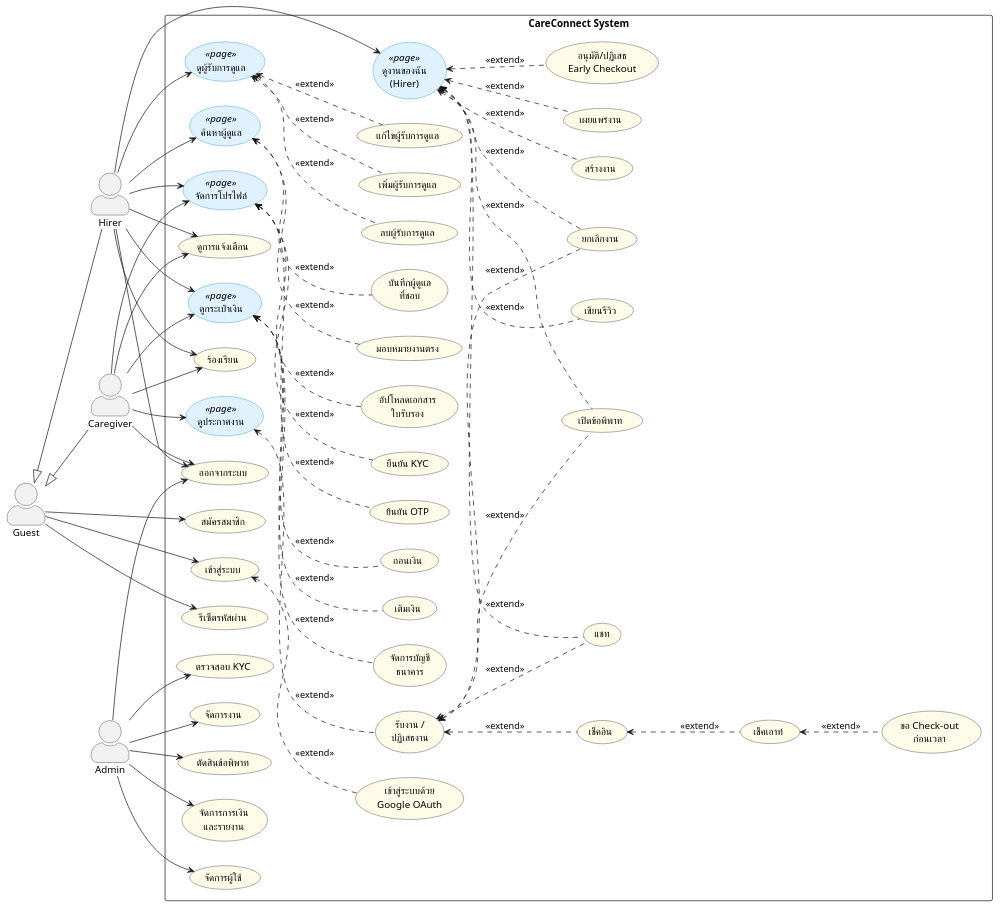
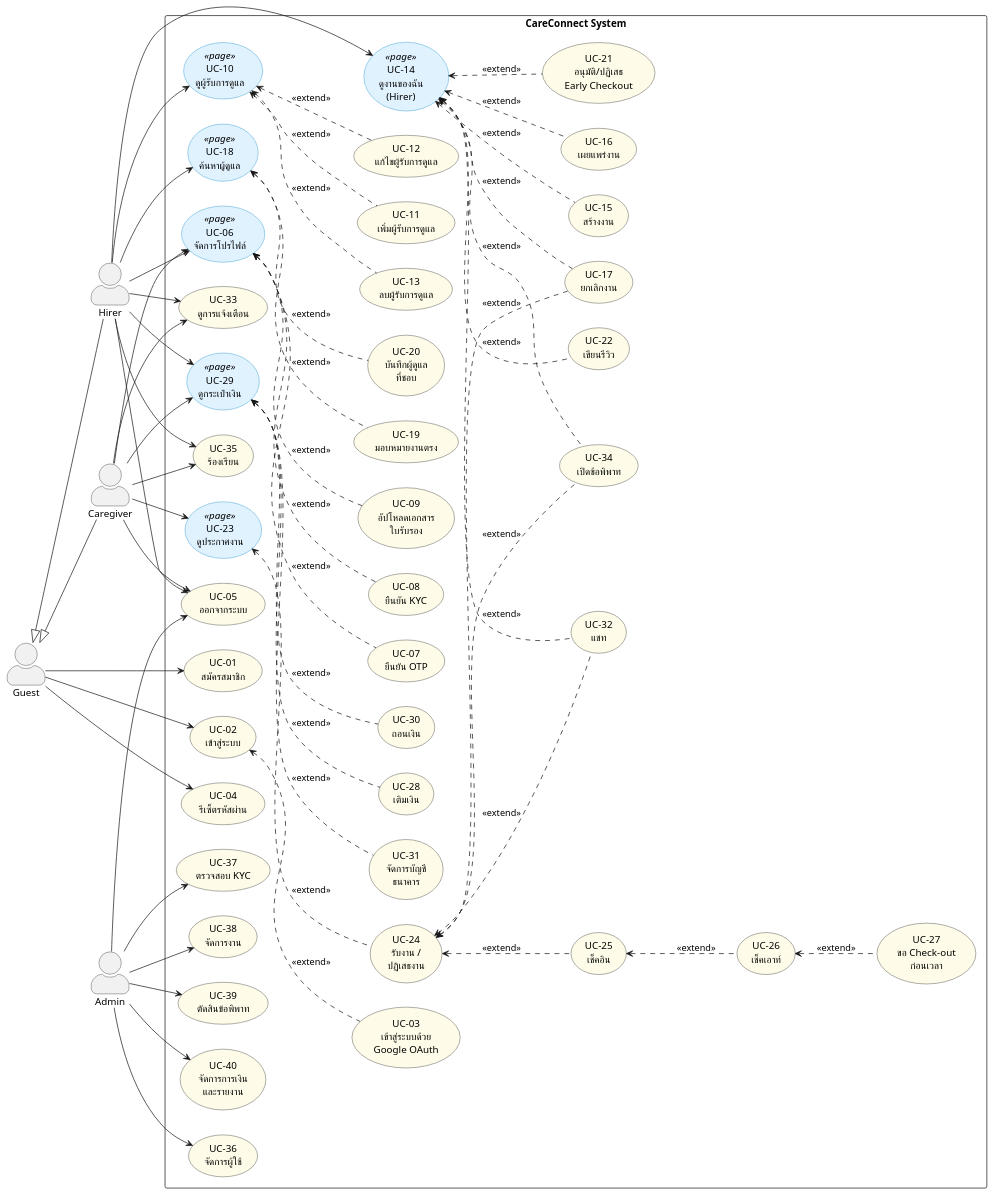
The first of 16 diagrams in THESIS_CONTENT_CH3_PART3.md (SakdaRt/Careconnect), drawn with PlantUML before and after one commit. The commit also changed other lines of this file and 1 other file, not shown here.

```diff
--- a/THESIS_CONTENT_CH3_PART3.md
+++ b/THESIS_CONTENT_CH3_PART3.md
@@ -32,64 +32,64 @@
 rectangle "CareConnect System" {
 
   ' === Authentication ===
-  usecase "สมัครสมาชิก" as UC01
-  usecase "เข้าสู่ระบบ" as UC02
-  usecase "เข้าสู่ระบบด้วย\nGoogle OAuth" as UC03
-  usecase "รีเซ็ตรหัสผ่าน" as UC04
+  usecase "UC-01\nสมัครสมาชิก" as UC01
+  usecase "UC-02\nเข้าสู่ระบบ" as UC02
+  usecase "UC-03\nเข้าสู่ระบบด้วย\nGoogle OAuth" as UC03
+  usecase "UC-04\nรีเซ็ตรหัสผ่าน" as UC04
 
   ' === Profile ===
-  usecase "ออกจากระบบ" as UC05
-  usecase "จัดการโปรไฟล์" as UC06 <<page>>
-  usecase "ยืนยัน OTP" as UC07
-  usecase "ยืนยัน KYC" as UC08
-  usecase "อัปโหลดเอกสาร\nใบรับรอง" as UC09
+  usecase "UC-05\nออกจากระบบ" as UC05
+  usecase "UC-06\nจัดการโปรไฟล์" as UC06 <<page>>
+  usecase "UC-07\nยืนยัน OTP" as UC07
+  usecase "UC-08\nยืนยัน KYC" as UC08
+  usecase "UC-09\nอัปโหลดเอกสาร\nใบรับรอง" as UC09
 
   ' === ผู้รับการดูแล ===
-  usecase "ดูผู้รับการดูแล" as UC10 <<page>>
-  usecase "เพิ่มผู้รับการดูแล" as UC11
-  usecase "แก้ไขผู้รับการดูแล" as UC12
-  usecase "ลบผู้รับการดูแล" as UC13
+  usecase "UC-10\nดูผู้รับการดูแล" as UC10 <<page>>
+  usecase "UC-11\nเพิ่มผู้รับการดูแล" as UC11
+  usecase "UC-12\nแก้ไขผู้รับการดูแล" as UC12
+  usecase "UC-13\nลบผู้รับการดูแล" as UC13
 
   ' === Hirer — งานของฉัน ===
-  usecase "ดูงานของฉัน\n(Hirer)" as UC14 <<page>>
-  usecase "สร้างงาน" as UC15
-  usecase "เผยแพร่งาน" as UC16
-  usecase "ยกเลิกงาน" as UC17
-  usecase "อนุมัติ/ปฏิเสธ\nEarly Checkout" as UC21
-  usecase "เขียนรีวิว" as UC22
-  usecase "แชท" as UC32
-  usecase "เปิดข้อพิพาท" as UC34
+  usecase "UC-14\nดูงานของฉัน\n(Hirer)" as UC14 <<page>>
+  usecase "UC-15\nสร้างงาน" as UC15
+  usecase "UC-16\nเผยแพร่งาน" as UC16
+  usecase "UC-17\nยกเลิกงาน" as UC17
+  usecase "UC-21\nอนุมัติ/ปฏิเสธ\nEarly Checkout" as UC21
+  usecase "UC-22\nเขียนรีวิว" as UC22
+  usecase "UC-32\nแชท" as UC32
+  usecase "UC-34\nเปิดข้อพิพาท" as UC34
 
   ' === ค้นหาผู้ดูแล ===
-  usecase "ค้นหาผู้ดูแล" as UC18 <<page>>
-  usecase "มอบหมายงานตรง" as UC19
-  usecase "บันทึกผู้ดูแล\nที่ชอบ" as UC20
+  usecase "UC-18\nค้นหาผู้ดูแล" as UC18 <<page>>
+  usecase "UC-19\nมอบหมายงานตรง" as UC19
+  usecase "UC-20\nบันทึกผู้ดูแล\nที่ชอบ" as UC20
 
   ' === กระเป๋าเงิน ===
-  usecase "ดูกระเป๋าเงิน" as UC29 <<page>>
-  usecase "เติมเงิน" as UC28
-  usecase "ถอนเงิน" as UC30
-  usecase "จัดการบัญชี\nธนาคาร" as UC31
+  usecase "UC-29\nดูกระเป๋าเงิน" as UC29 <<page>>
+  usecase "UC-28\nเติมเงิน" as UC28
+  usecase "UC-30\nถอนเงิน" as UC30
+  usecase "UC-31\nจัดการบัญชี\nธนาคาร" as UC31
 
   ' === Shared ===
-  usecase "ดูการแจ้งเตือน" as UC33
-  usecase "ร้องเรียน" as UC35
+  usecase "UC-33\nดูการแจ้งเตือน" as UC33
+  usecase "UC-35\nร้องเรียน" as UC35
 
   ' === Caregiver — ค้นหางาน ===
-  usecase "ดูประกาศงาน" as UC23 <<page>>
-  usecase "รับงาน /\nปฏิเสธงาน" as UC24
+  usecase "UC-23\nดูประกาศงาน" as UC23 <<page>>
+  usecase "UC-24\nรับงาน /\nปฏิเสธงาน" as UC24
 
   ' === Caregiver — ปฏิบัติงาน ===
-  usecase "เช็คอิน" as UC25
-  usecase "เช็คเอาท์" as UC26
-  usecase "ขอ Check-out\nก่อนเวลา" as UC27
+  usecase "UC-25\nเช็คอิน" as UC25
+  usecase "UC-26\nเช็คเอาท์" as UC26
+  usecase "UC-27\nขอ Check-out\nก่อนเวลา" as UC27
 
   ' === Admin ===
-  usecase "จัดการผู้ใช้" as UC36
-  usecase "ตรวจสอบ KYC" as UC37
-  usecase "จัดการงาน" as UC38
-  usecase "ตัดสินข้อพิพาท" as UC39
-  usecase "จัดการการเงิน\nและรายงาน" as UC40
+  usecase "UC-36\nจัดการผู้ใช้" as UC36
+  usecase "UC-37\nตรวจสอบ KYC" as UC37
+  usecase "UC-38\nจัดการงาน" as UC38
+  usecase "UC-39\nตัดสินข้อพิพาท" as UC39
+  usecase "UC-40\nจัดการการเงิน\nและรายงาน" as UC40
 }
 
 ' === Guest ===
```
